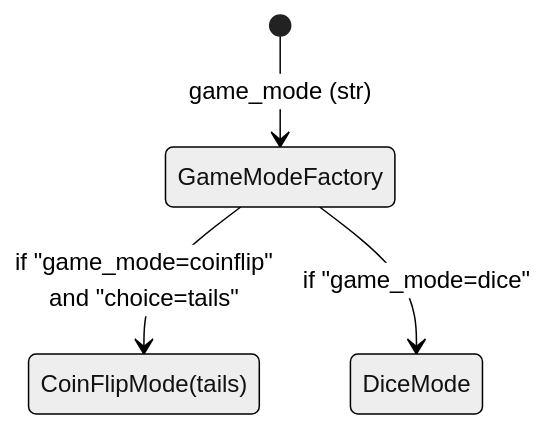
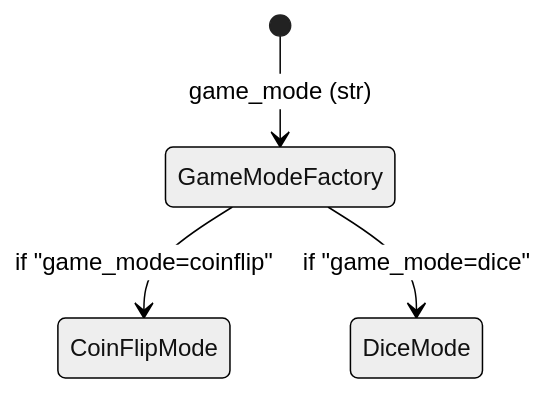
The third of 3 diagrams in quarto-site/doc/tp/tp2.qmd (ludo2ne/ENSAI-2A-Projet-info), drawn with Mermaid (neutral theme) before and after one commit. The commit also changed other lines of this file and 4 other files, not shown here.

````diff
--- a/quarto-site/doc/tp/tp2.qmd
+++ b/quarto-site/doc/tp/tp2.qmd
@@ -266,6 +276,6 @@
 ```{mermaid}
 stateDiagram
     [*] --> GameModeFactory : game_mode (str)
-    GameModeFactory --> CoinFlipMode(tails) : if "game_mode=coinflip" <br> and "choice=tails"
+    GameModeFactory --> CoinFlipMode : if "game_mode=coinflip"
     GameModeFactory --> DiceMode : if "game_mode=dice"
 ```
````
